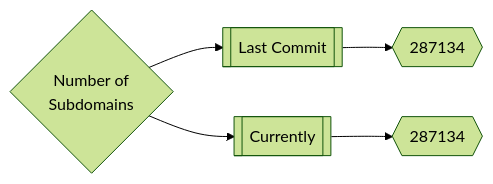
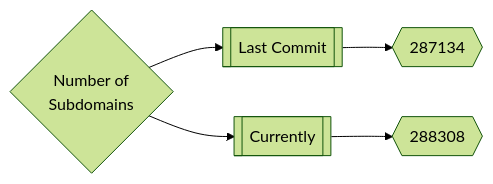
Before and after one commit to trickest/inventory: the first of 3 diagrams in README.md, drawn with Mermaid (forest theme). The commit also changed other lines of this file, not shown here.

````diff
--- a/README.md
+++ b/README.md
@@ -165,5 +165,5 @@
 ```mermaid
 graph LR
 title{Number of<br>Subdomains} --> subdomainsDate1[[Last Commit]] --> subdomainsNum1{{287134}}
-title --> subdomainsDate2[[Currently]] --> subdomainsNum2{{287134}}
+title --> subdomainsDate2[[Currently]] --> subdomainsNum2{{288308}}
 ```
````
